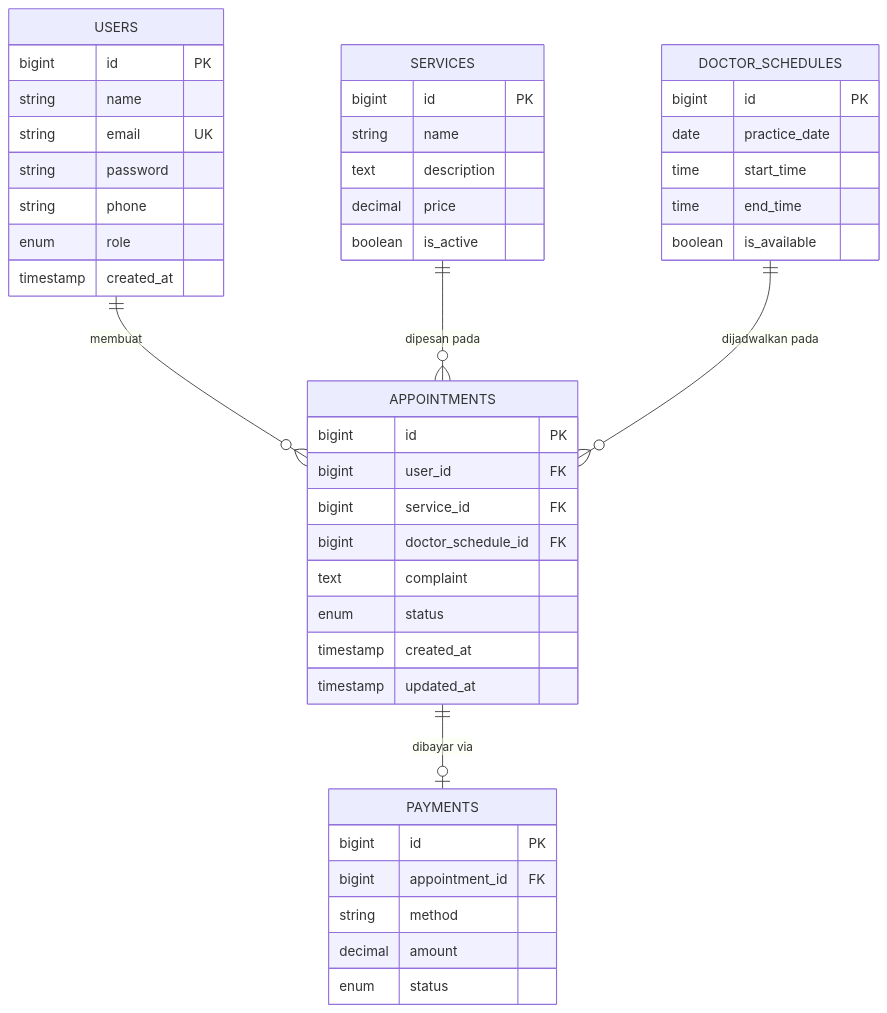
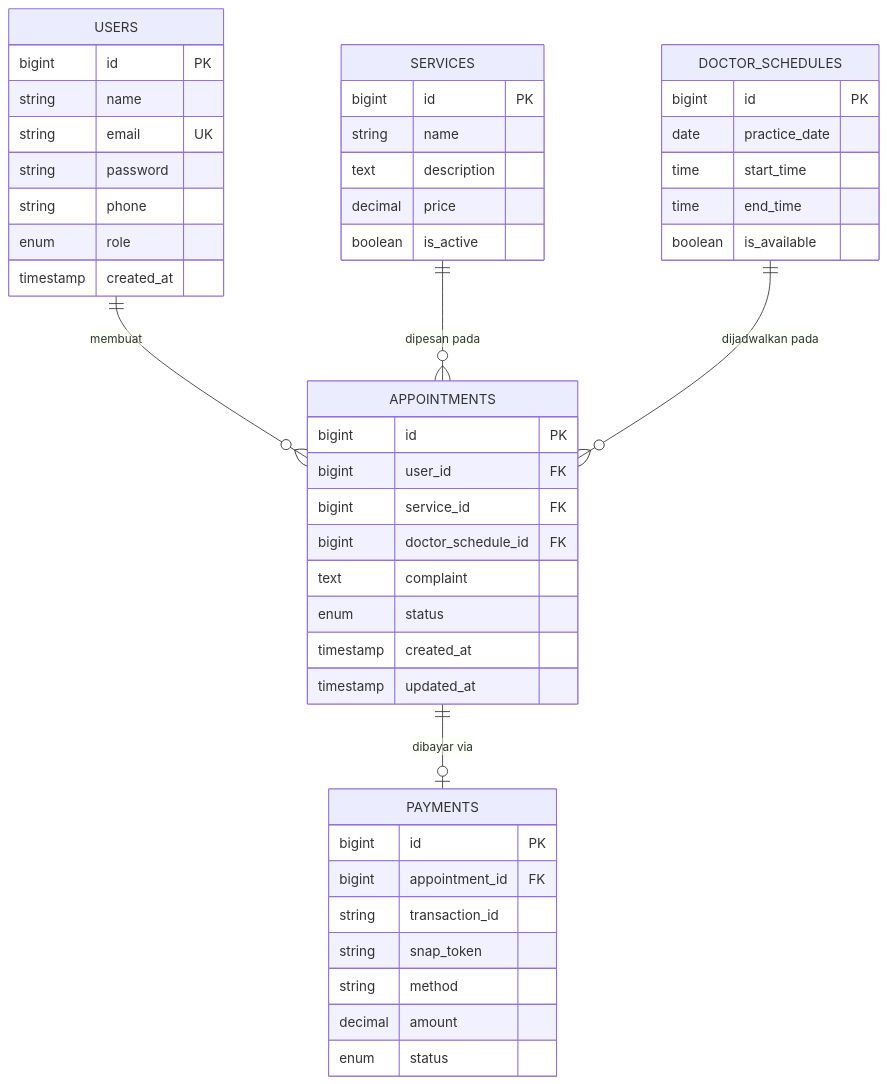
One commit to yosefflanes/dental-clinic-api changed the diagram in README.md. Above: the diagram before and after it, drawn with Mermaid. The commit also changed other lines of this file, not shown here.

````diff
--- a/README.md
+++ b/README.md
@@ -39,48 +39,50 @@
 ```mermaid
 erDiagram
     USERS ||--o{ APPOINTMENTS : "membuat"
     SERVICES ||--o{ APPOINTMENTS : "dipesan pada"
     DOCTOR_SCHEDULES ||--o{ APPOINTMENTS : "dijadwalkan pada"
     APPOINTMENTS ||--o| PAYMENTS : "dibayar via"
 
     USERS {
         bigint id PK
         string name
         string email UK
         string password
         string phone
         enum role
         timestamp created_at
     }
     SERVICES {
         bigint id PK
         string name
         text description
         decimal price
         boolean is_active
     }
     DOCTOR_SCHEDULES {
         bigint id PK
         date practice_date
         time start_time
         time end_time
         boolean is_available
     }
     APPOINTMENTS {
         bigint id PK
         bigint user_id FK
         bigint service_id FK
         bigint doctor_schedule_id FK
         text complaint
         enum status
         timestamp created_at
         timestamp updated_at
     }
     PAYMENTS {
         bigint id PK
         bigint appointment_id FK
+        string transaction_id
+        string snap_token
         string method
         decimal amount
         enum status
     }
 ```
````
